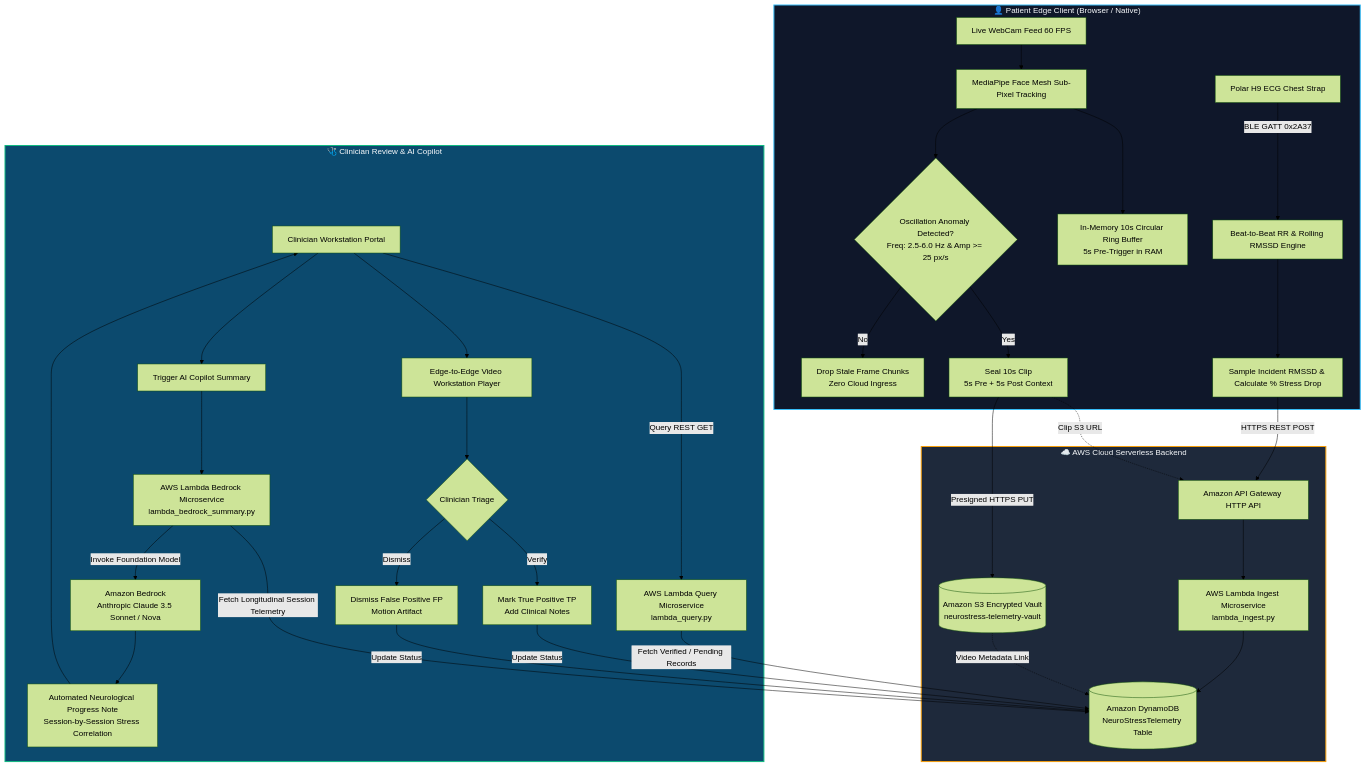
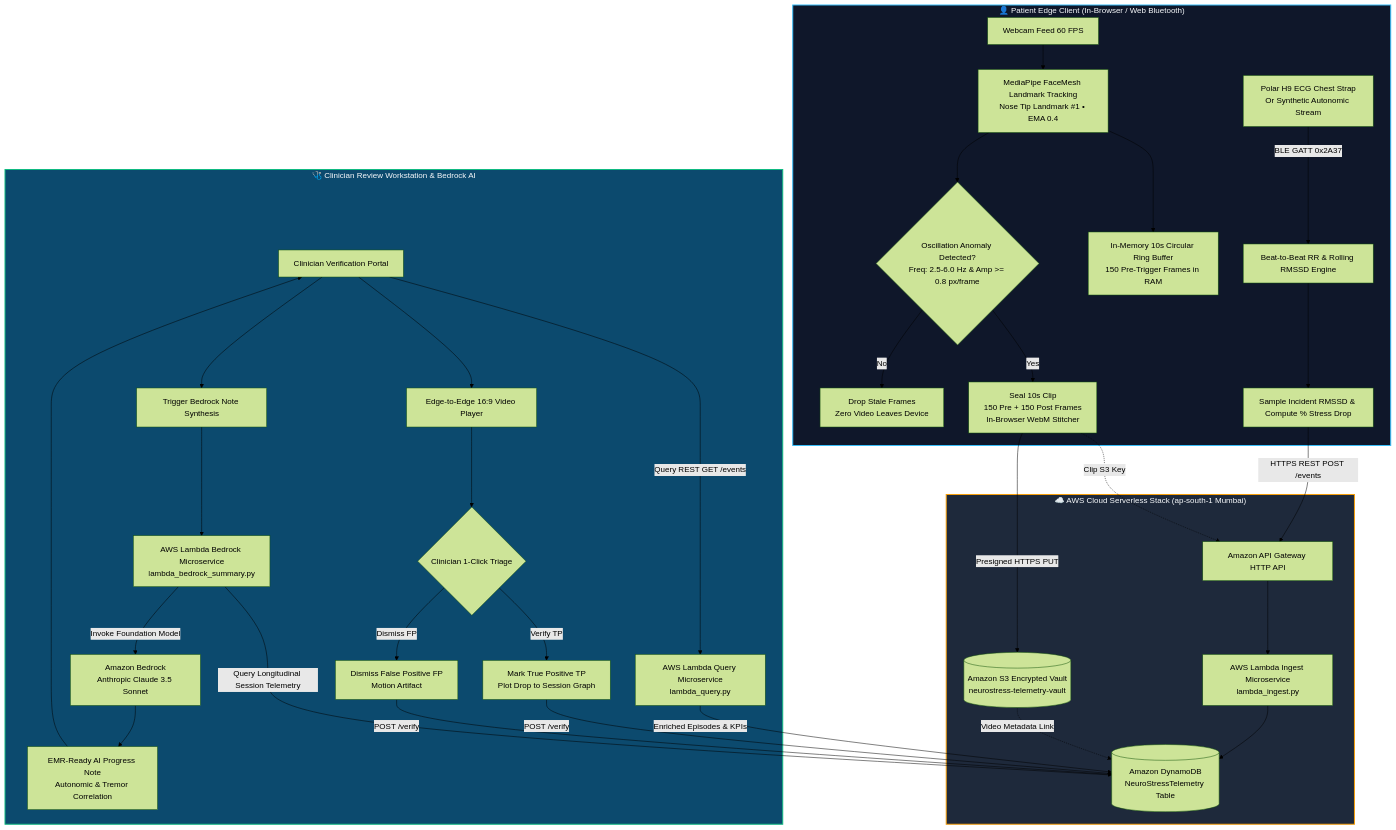
Before and after one commit to manan576/NeuroTrial-DCT-Platform: the first of 2 diagrams in README.md, drawn with Mermaid (forest theme). The commit also changed other lines of this file, not shown here.

Commit message:
docs: polish README for hackathon with primary AWS Amplify links, clinical motivation, and architecture

````diff
--- a/README.md
+++ b/README.md
@@ -48,44 +65,44 @@
 ```mermaid
 flowchart TD
-    subgraph Patient_Edge["👤 Patient Edge Client (Browser / Native)"]
-        A[Live WebCam Feed 60 FPS] --> B[MediaPipe Face Mesh Sub-Pixel Tracking]
-        C[Polar H9 ECG Chest Strap] -->|BLE GATT 0x2A37| D[Beat-to-Beat RR & Rolling RMSSD Engine]
-        B --> E[In-Memory 10s Circular Ring Buffer\n5s Pre-Trigger in RAM]
-        B --> F{Oscillation Anomaly Detected?\nFreq: 2.5-6.0 Hz & Amp >= 25 px/s}
-        F -- No --> G[Drop Stale Frame Chunks\nZero Cloud Ingress]
-        F -- Yes --> H[Seal 10s Clip\n5s Pre + 5s Post Context]
-        D --> I[Sample Incident RMSSD & Calculate % Stress Drop]
+    subgraph Patient_Edge["👤 Patient Edge Client (In-Browser / Web Bluetooth)"]
+        A[Webcam Feed 60 FPS] --> B[MediaPipe FaceMesh Landmark Tracking\nNose Tip Landmark #1 • EMA 0.4]
+        C[Polar H9 ECG Chest Strap\nOr Synthetic Autonomic Stream] -->|BLE GATT 0x2A37| D[Beat-to-Beat RR & Rolling RMSSD Engine]
+        B --> E[In-Memory 10s Circular Ring Buffer\n150 Pre-Trigger Frames in RAM]
+        B --> F{Oscillation Anomaly Detected?\nFreq: 2.5-6.0 Hz & Amp >= 0.8 px/frame}
+        F -- No --> G[Drop Stale Frames\nZero Video Leaves Device]
+        F -- Yes --> H[Seal 10s Clip\n150 Pre + 150 Post Frames\nIn-Browser WebM Stitcher]
+        D --> I[Sample Incident RMSSD & Compute % Stress Drop]
     end
 
-    subgraph AWS_Serverless["☁️ AWS Cloud Serverless Backend"]
+    subgraph AWS_Serverless["☁️ AWS Cloud Serverless Stack (ap-south-1 Mumbai)"]
         H -->|Presigned HTTPS PUT| J[(Amazon S3 Encrypted Vault\nneurostress-telemetry-vault)]
-        I -->|HTTPS REST POST| K[Amazon API Gateway HTTP API]
-        H -.->|Clip S3 URL| K
+        I -->|HTTPS REST POST /events| K[Amazon API Gateway HTTP API]
+        H -.->|Clip S3 Key| K
         K --> L[AWS Lambda Ingest Microservice\nlambda_ingest.py]
         L --> M[(Amazon DynamoDB\nNeuroStressTelemetry Table)]
         J -.->|Video Metadata Link| M
     end
 
-    subgraph Clinician_Review["🩺 Clinician Review & AI Copilot"]
-        N[Clinician Workstation Portal] -->|Query REST GET| O[AWS Lambda Query Microservice\nlambda_query.py]
-        O -->|Fetch Verified / Pending Records| M
-        N --> P[Edge-to-Edge Video Workstation Player]
-        P --> Q{Clinician Triage}
-        Q -->|Verify| R[Mark True Positive TP\nAdd Clinical Notes]
-        Q -->|Dismiss| S[Dismiss False Positive FP\nMotion Artifact]
-        R & S -->|Update Status| M
-        N --> T[Trigger AI Copilot Summary]
+    subgraph Clinician_Workstation["🩺 Clinician Review Workstation & Bedrock AI"]
+        N[Clinician Verification Portal] -->|Query REST GET /events| O[AWS Lambda Query Microservice\nlambda_query.py]
+        O -->|Enriched Episodes & KPIs| M
+        N --> P[Edge-to-Edge 16:9 Video Player]
+        P --> Q{Clinician 1-Click Triage}
+        Q -->|Verify TP| R[Mark True Positive TP\nPlot Drop to Session Graph]
+        Q -->|Dismiss FP| S[Dismiss False Positive FP\nMotion Artifact]
+        R & S -->|POST /verify| M
+        N --> T[Trigger Bedrock Note Synthesis]
         T --> U[AWS Lambda Bedrock Microservice\nlambda_bedrock_summary.py]
-        U -->|Fetch Longitudinal Session Telemetry| M
-        U -->|Invoke Foundation Model| V[Amazon Bedrock\nAnthropic Claude 3.5 Sonnet / Nova]
-        V --> W[Automated Neurological Progress Note\nSession-by-Session Stress Correlation]
+        U -->|Query Longitudinal Session Telemetry| M
+        U -->|Invoke Foundation Model| V[Amazon Bedrock\nAnthropic Claude 3.5 Sonnet]
+        V --> W[EMR-Ready AI Progress Note\nAutonomic & Tremor Correlation]
         W --> N
     end
 
     classDef edge fill:#0f172a,stroke:#38bdf8,stroke-width:2px,color:#f8fafc;
     classDef aws fill:#1e293b,stroke:#f59e0b,stroke-width:2px,color:#f8fafc;
     classDef clinician fill:#0c4a6e,stroke:#10b981,stroke-width:2px,color:#f8fafc;
     class Patient_Edge edge;
     class AWS_Serverless aws;
-    class Clinician_Review clinician;
+    class Clinician_Workstation clinician;
 ```
````
